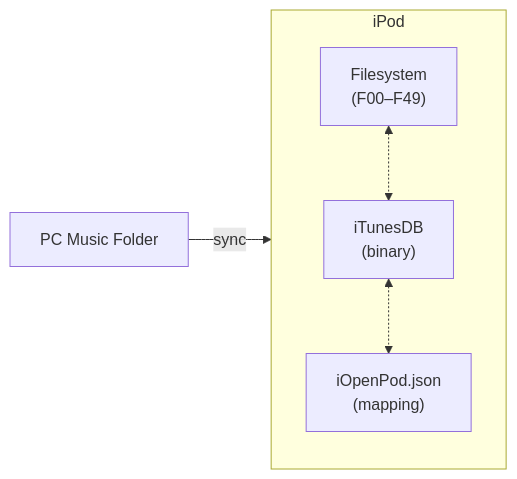
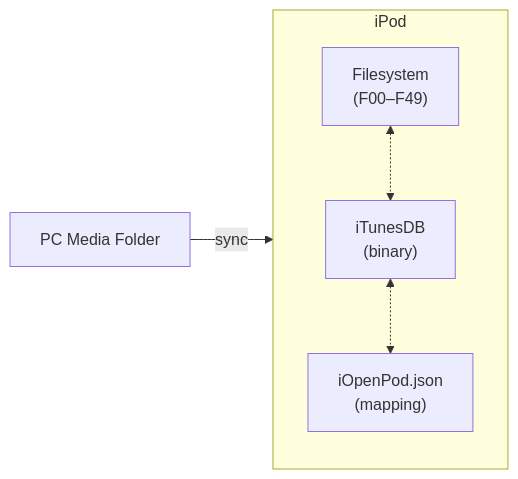
One commit to B0N3head/iOpenPod-Performance changed the first of 9 diagrams in docs/SYNC.md. Above: the diagram before and after it, drawn with Mermaid. The commit also changed other lines of this file and 9 other files, not shown here.

````diff
--- a/docs/SYNC.md
+++ b/docs/SYNC.md
@@ -19,11 +19,11 @@
 ```mermaid
 flowchart LR
-    PC["PC Music Folder"] -- sync --> iPod
+    PC["PC Media Folder"] -- sync --> iPod
     subgraph iPod
         FS["Filesystem\n(F00–F49)"]
         DB["iTunesDB\n(binary)"]
         MAP["iOpenPod.json\n(mapping)"]
     end
     FS <-.-> DB
     DB <-.-> MAP
 ```
````
